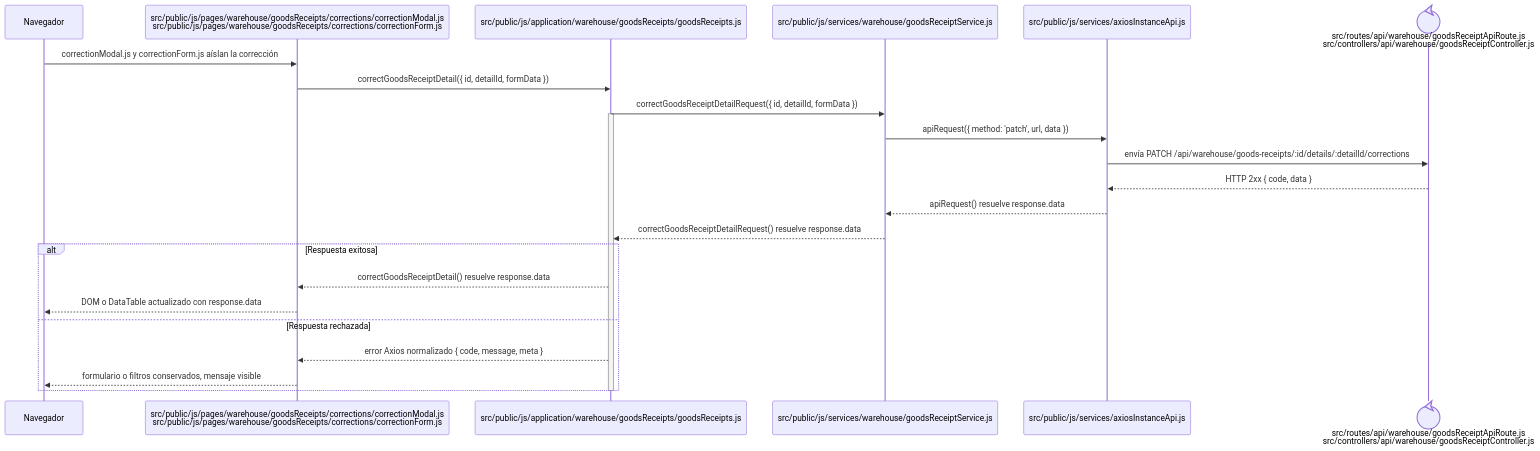
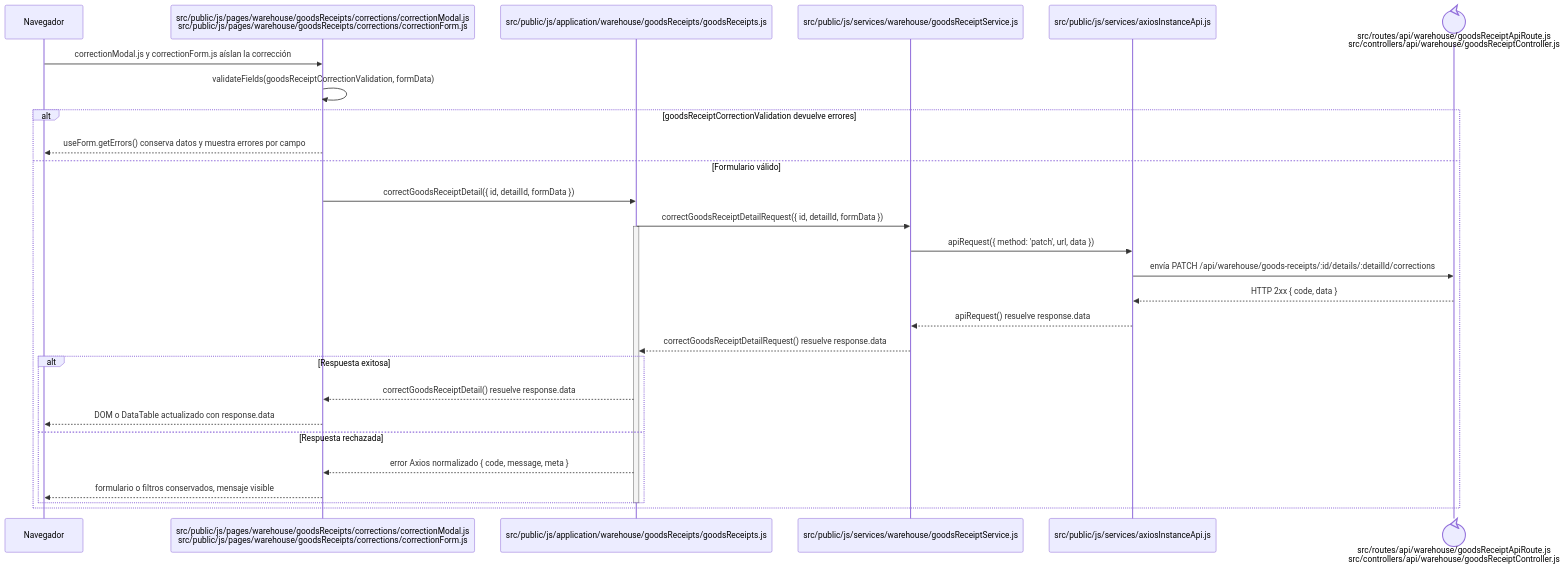
The diagram in docs/architecture/frontend-code-sequences/purchases/cu-ent-04.md (gpgsistemas01/nexus), drawn with Mermaid before and after one commit. The commit also changed 102 other files, not shown here.

````diff
--- a/docs/architecture/frontend-code-sequences/purchases/cu-ent-04.md
+++ b/docs/architecture/frontend-code-sequences/purchases/cu-ent-04.md
@@ -6,27 +6,32 @@
 ```mermaid
 sequenceDiagram
     participant Browser as Navegador
     participant View as src/public/js/pages/warehouse/goodsReceipts/corrections/correctionModal.js<br/>src/public/js/pages/warehouse/goodsReceipts/corrections/correctionForm.js
     participant Application as src/public/js/application/warehouse/goodsReceipts/goodsReceipts.js
     participant Request as src/public/js/services/warehouse/goodsReceiptService.js
     participant HTTP as src/public/js/services/axiosInstanceApi.js
     participant Transport@{ "type": "control" } as src/routes/api/warehouse/goodsReceiptApiRoute.js<br/>src/controllers/api/warehouse/goodsReceiptController.js
 
     Browser->>View: correctionModal.js y correctionForm.js aíslan la corrección
-    View->>Application: correctGoodsReceiptDetail({ id, detailId, formData })
-    Application->>Request: correctGoodsReceiptDetailRequest({ id, detailId, formData })
-    activate Application
-    Request->>HTTP: apiRequest({ method: 'patch', url, data })
-    HTTP->>Transport: envía PATCH /api/warehouse/goods-receipts/:id/details/:detailId/corrections
-    Transport-->>HTTP: HTTP 2xx { code, data }
-    HTTP-->>Request: apiRequest() resuelve response.data
-    Request-->>Application: correctGoodsReceiptDetailRequest() resuelve response.data
-    alt Respuesta exitosa
-        Application-->>View: correctGoodsReceiptDetail() resuelve response.data
-        View-->>Browser: DOM o DataTable actualizado con response.data
-    else Respuesta rechazada
-        Application-->>View: error Axios normalizado { code, message, meta }
-        View-->>Browser: formulario o filtros conservados, mensaje visible
+    View->>View: validateFields(goodsReceiptCorrectionValidation, formData)
+    alt goodsReceiptCorrectionValidation devuelve errores
+        View-->>Browser: useForm.getErrors() conserva datos y muestra errores por campo
+    else Formulario válido
+        View->>Application: correctGoodsReceiptDetail({ id, detailId, formData })
+        Application->>Request: correctGoodsReceiptDetailRequest({ id, detailId, formData })
+        activate Application
+        Request->>HTTP: apiRequest({ method: 'patch', url, data })
+        HTTP->>Transport: envía PATCH /api/warehouse/goods-receipts/:id/details/:detailId/corrections
+        Transport-->>HTTP: HTTP 2xx { code, data }
+        HTTP-->>Request: apiRequest() resuelve response.data
+        Request-->>Application: correctGoodsReceiptDetailRequest() resuelve response.data
+        alt Respuesta exitosa
+            Application-->>View: correctGoodsReceiptDetail() resuelve response.data
+            View-->>Browser: DOM o DataTable actualizado con response.data
+        else Respuesta rechazada
+            Application-->>View: error Axios normalizado { code, message, meta }
+            View-->>Browser: formulario o filtros conservados, mensaje visible
+        end
+        deactivate Application
     end
-    deactivate Application
 ```
````
